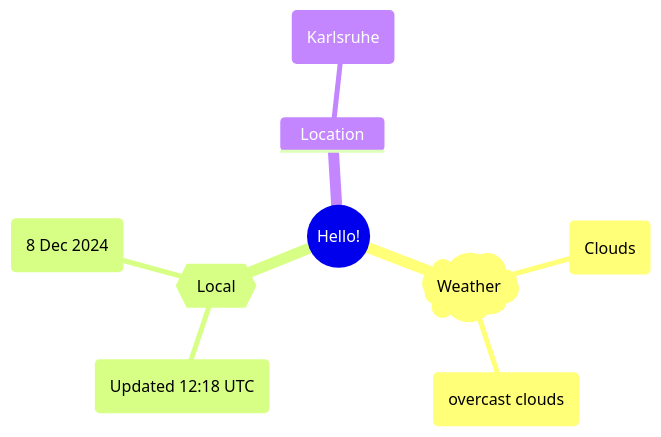
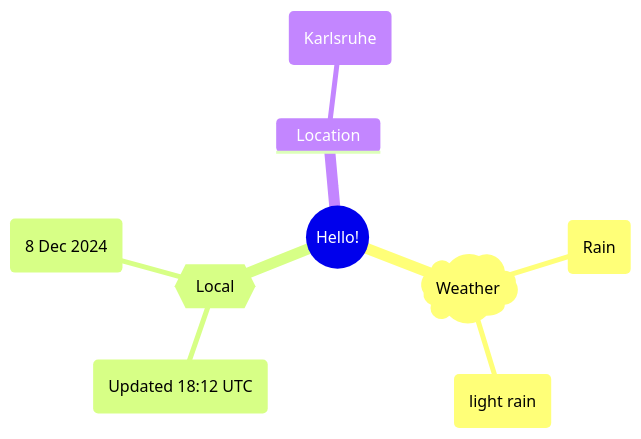
Before and after one commit to Xosrov/Xosrov: the first of 2 diagrams in README.md, drawn with Mermaid.

Commit message:
[bot] updated images

````diff
--- a/README.md
+++ b/README.md
@@ -3,12 +3,12 @@
 ```mermaid
 mindmap
   root((Hello!))
     )Weather(
-        (Clouds)
-        (overcast clouds)
+        (Rain)
+        (light rain)
     {{Local}}
-        (Updated 12:18 UTC)
+        (Updated 18:12 UTC)
         (8 Dec 2024)
     Location
         (Karlsruhe)
 ```
````
